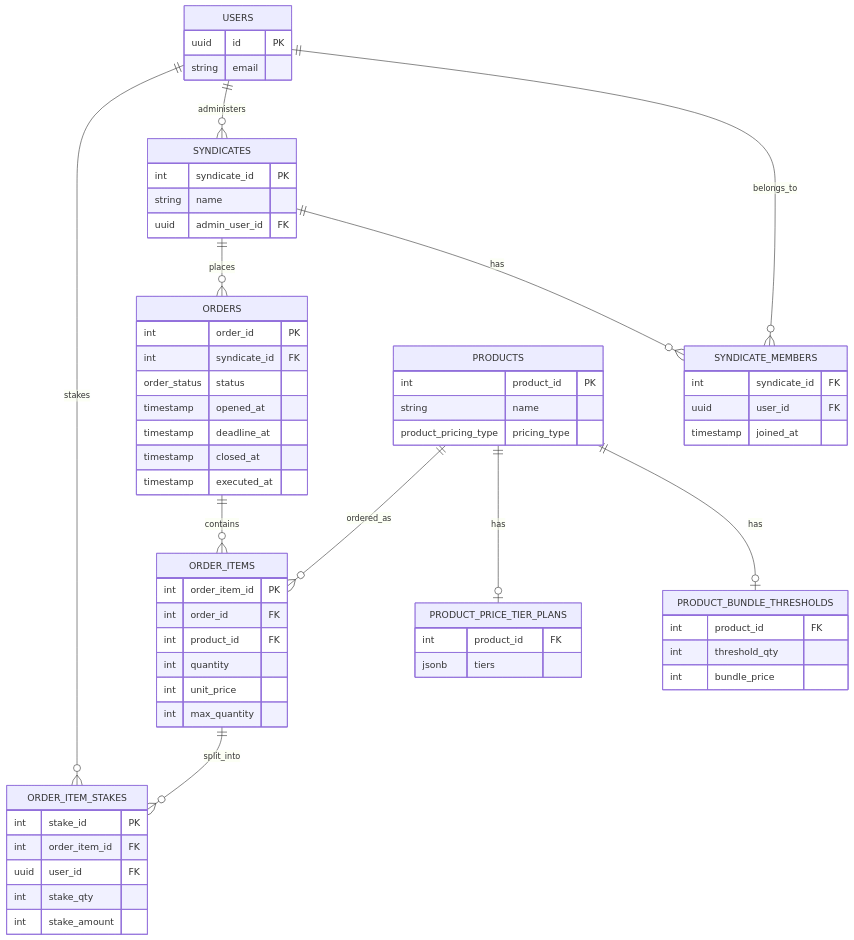
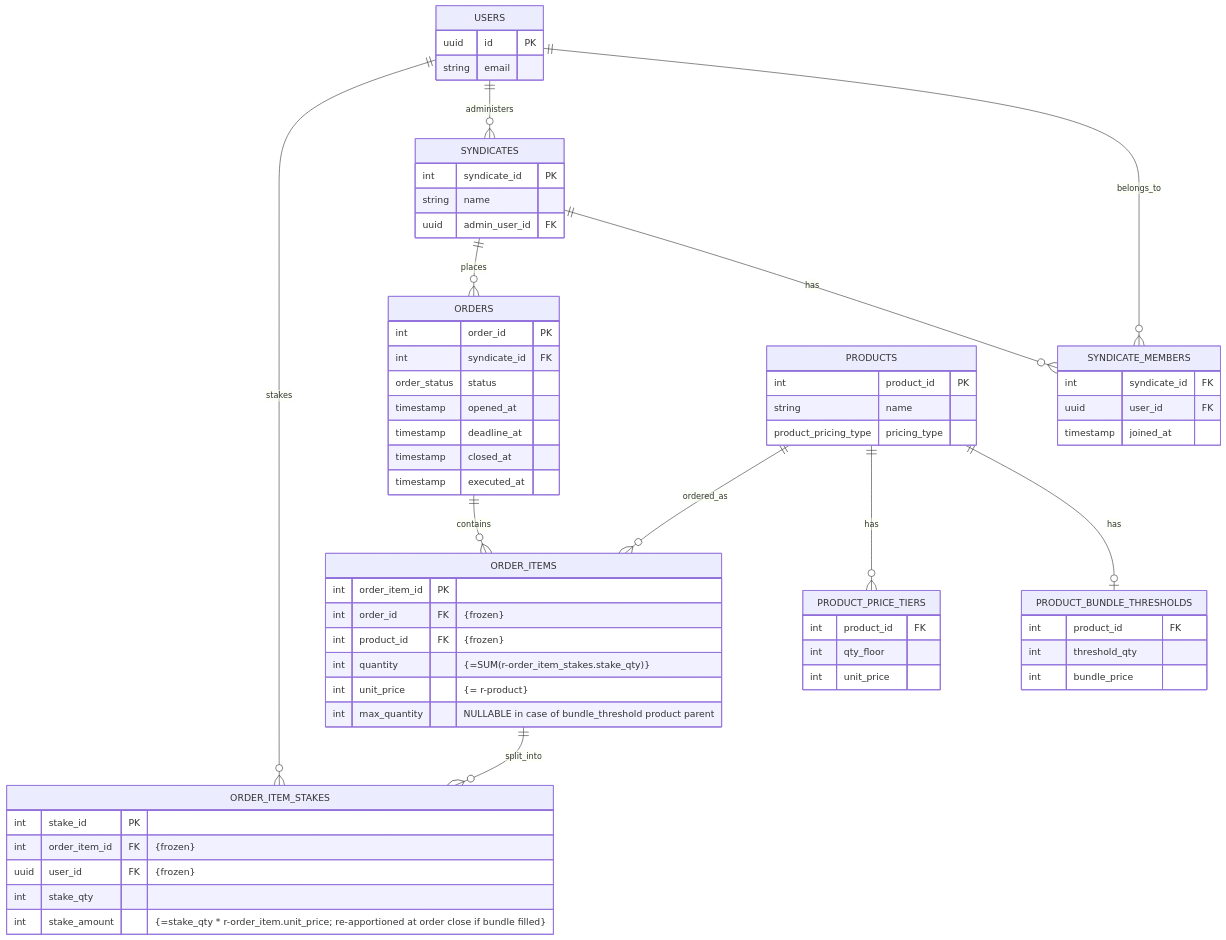
The diagram in .claude/context/backend.md (sormiston/AnteCat), drawn with Mermaid before and after one commit. The commit also changed other lines of this file and 4 other files, not shown here.

````diff
--- a/.claude/context/backend.md
+++ b/.claude/context/backend.md
@@ -61,67 +78,68 @@
 ```mermaid
 
 erDiagram
   USERS ||--o{ SYNDICATE_MEMBERS : belongs_to
   SYNDICATES ||--o{ SYNDICATE_MEMBERS : has
   USERS ||--o{ SYNDICATES : administers
   SYNDICATES ||--o{ ORDERS : places
   PRODUCTS ||--o| PRODUCT_BUNDLE_THRESHOLDS : has
-  PRODUCTS ||--o| PRODUCT_PRICE_TIER_PLANS : has
+  PRODUCTS ||--o{ PRODUCT_PRICE_TIERS : has
   ORDERS ||--o{ ORDER_ITEMS : contains
   PRODUCTS ||--o{ ORDER_ITEMS : ordered_as
   ORDER_ITEMS ||--o{ ORDER_ITEM_STAKES : split_into
   USERS ||--o{ ORDER_ITEM_STAKES : stakes
 
   USERS {
     uuid id PK
     string email
   }
   SYNDICATES {
     int syndicate_id PK
     string name
     uuid admin_user_id FK
   }
   SYNDICATE_MEMBERS {
     int syndicate_id FK
     uuid user_id FK
     timestamp joined_at
   }
   PRODUCTS {
     int product_id PK
     string name
     product_pricing_type pricing_type
   }
   PRODUCT_BUNDLE_THRESHOLDS {
     int product_id FK
     int threshold_qty
     int bundle_price
   }
-  PRODUCT_PRICE_TIER_PLANS {
+  PRODUCT_PRICE_TIERS {
     int product_id FK
-    jsonb tiers
+    int qty_floor
+    int unit_price
   }
   ORDERS {
     int order_id PK
     int syndicate_id FK
     order_status status
     timestamp opened_at
     timestamp deadline_at
     timestamp closed_at
     timestamp executed_at
   }
   ORDER_ITEMS {
     int order_item_id PK
-    int order_id FK
-    int product_id FK
-    int quantity
-    int unit_price
-    int max_quantity
+    int order_id FK "{frozen}"
+    int product_id FK "{frozen}"
+    int quantity "{=SUM(r-order_item_stakes.stake_qty)}"
+    int unit_price "{= r-product}"
+    int max_quantity "NULLABLE in case of bundle_threshold product parent"
   }
   ORDER_ITEM_STAKES {
     int stake_id PK
-    int order_item_id FK
-    uuid user_id FK
+    int order_item_id FK "{frozen}"
+    uuid user_id FK "{frozen}"
     int stake_qty
-    int stake_amount
+    int stake_amount "{=stake_qty * r-order_item.unit_price; re-apportioned at order close if bundle filled}" 
   }
 ```
````
